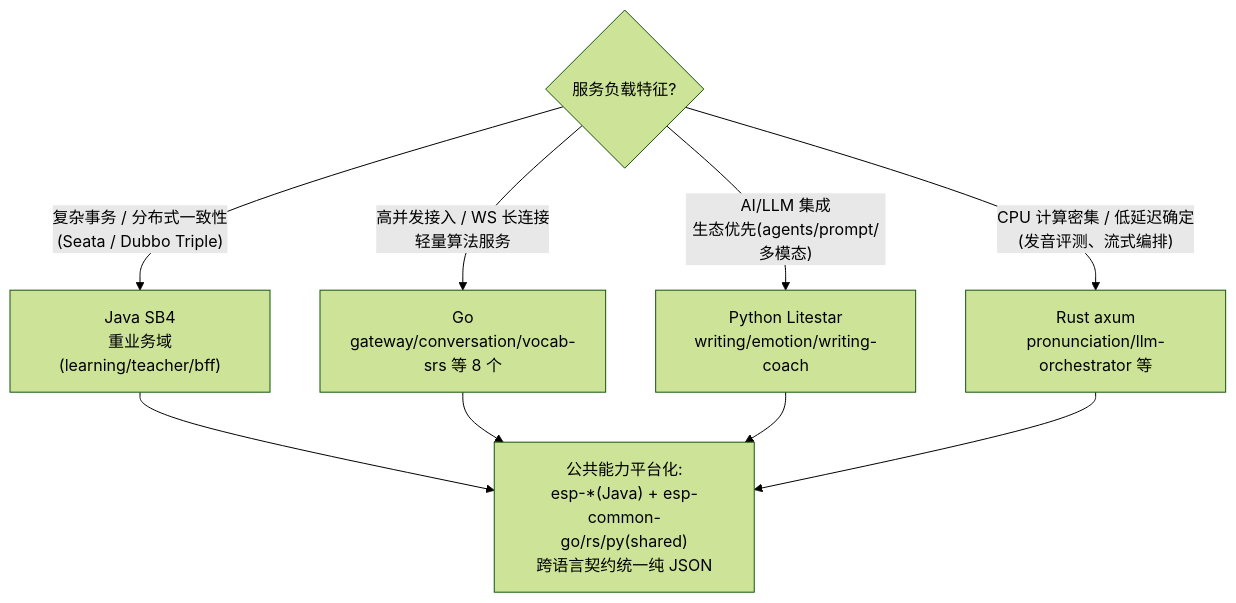
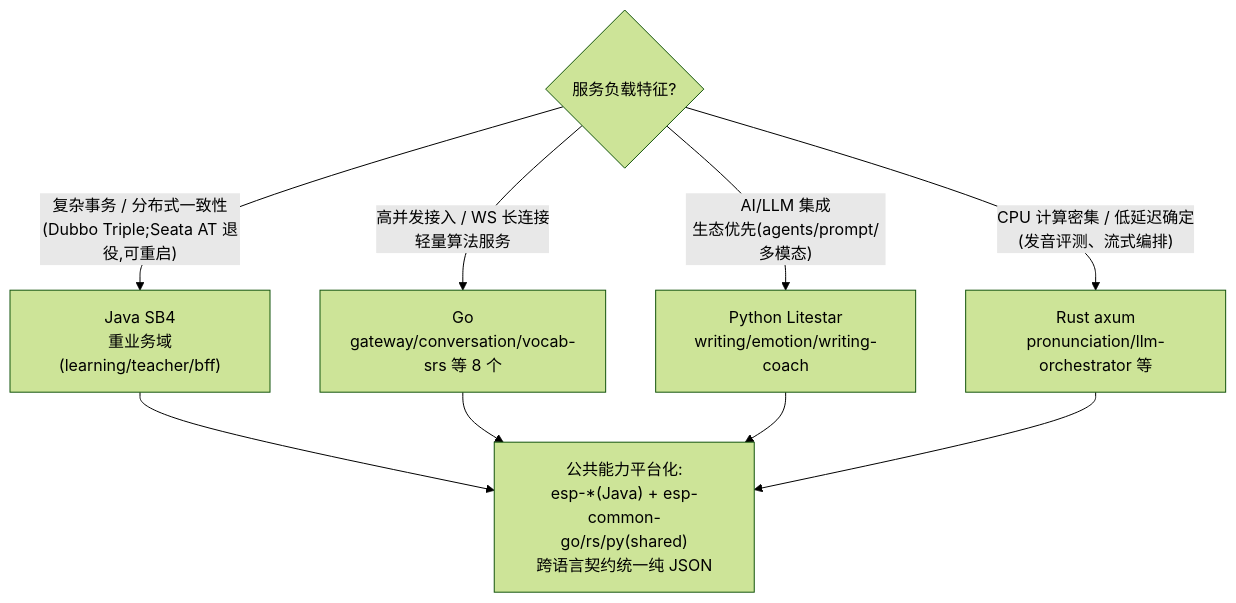
The tenth of 12 diagrams in README.zh-CN.md (tianqiongenze/English-Study-Platform), drawn with Mermaid (forest theme) before and after one commit. The commit also changed other lines of this file and 479 other files, not shown here.

````diff
--- a/README.zh-CN.md
+++ b/README.zh-CN.md
@@ -601,12 +647,12 @@
 ```mermaid
 flowchart TD
     Q{"服务负载特征?"}
-    Q -->|"复杂事务 / 分布式一致性<br/>(Seata / Dubbo Triple)"| J["Java SB4<br/>重业务域(learning/teacher/bff)"]
+    Q -->|"复杂事务 / 分布式一致性<br/>(Dubbo Triple;Seata AT 退役,可重启)"| J["Java SB4<br/>重业务域(learning/teacher/bff)"]
     Q -->|"高并发接入 / WS 长连接<br/>轻量算法服务"| G["Go<br/>gateway/conversation/vocab-srs 等 8 个"]
     Q -->|"AI/LLM 集成<br/>生态优先(agents/prompt/多模态)"| P["Python Litestar<br/>writing/emotion/writing-coach"]
     Q -->|"CPU 计算密集 / 低延迟确定<br/>(发音评测、流式编排)"| R["Rust axum<br/>pronunciation/llm-orchestrator 等"]
     J --> NOTE["公共能力平台化:<br/>esp-*(Java) + esp-common-go/rs/py(shared)<br/>跨语言契约统一纯 JSON"]
     G --> NOTE
     P --> NOTE
     R --> NOTE
 ```
````
